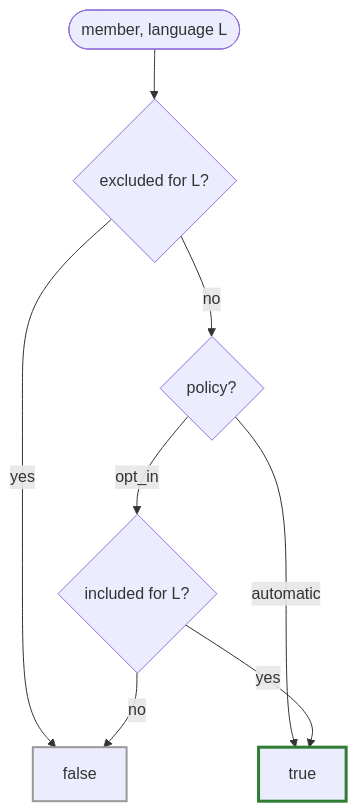
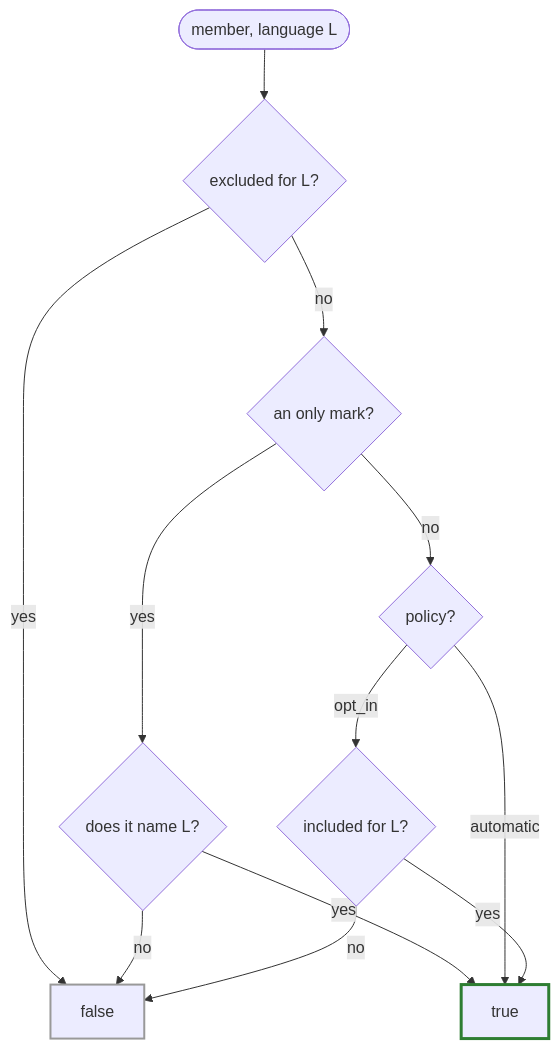
One commit to skarndev/welder changed the diagram in docs/content/guide/annotations.md. Above: the diagram before and after it, drawn with Mermaid. The commit also changed other lines of this file and 22 other files, not shown here.

First line of the commit message:
feat: mark::only + forward framework handles from every weld_* entry point

````diff
--- a/docs/content/guide/annotations.md
+++ b/docs/content/guide/annotations.md
@@ -90,12 +100,16 @@
 ```mermaid
 flowchart TD
     S([member, language L]) --> X{excluded for L?}
     X -- yes --> N[false]
-    X -- no --> P{policy?}
-    P -- automatic --> T[true]
+    X -- no --> O{an only mark?}
+    O -- yes --> M{does it name L?}
+    M -- yes --> T[true]
+    M -- no --> N
+    O -- no --> P{policy?}
+    P -- automatic --> T
     P -- opt_in --> I{included for L?}
     I -- yes --> T
     I -- no --> N
     style T stroke:#2e7d32,stroke-width:3px
     style N stroke:#999,stroke-width:2px
 ```
````
